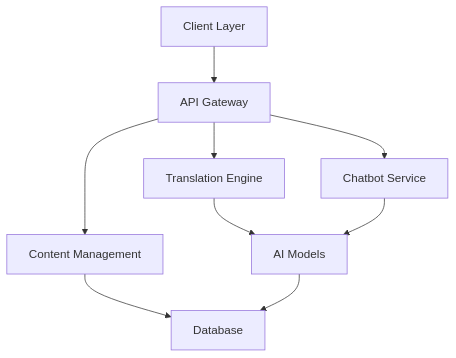
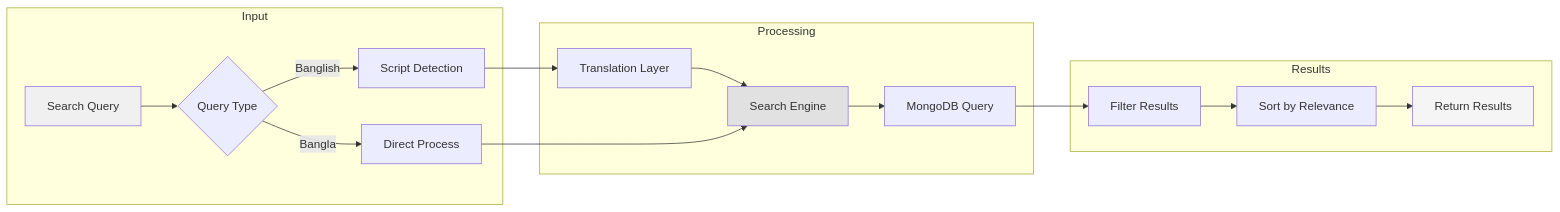
One commit to 2753Farhan/Devrim-24_Final changed the sixth of 7 diagrams in readme.md. Above: the diagram before and after it, drawn with Mermaid. The commit also changed other lines of this file, not shown here.

Commit message:
Workflow Graphs added in readme file

````diff
--- a/readme.md
+++ b/readme.md
@@ -54,11 +261,25 @@
 ```mermaid
-graph TD
-    A[Client Layer] --> B[API Gateway]
-    B --> C[Translation Engine]
-    B --> D[Chatbot Service]
-    B --> E[Content Management]
-    C --> F[AI Models]
-    D --> F
-    E --> G[Database]
-    F --> G
+graph LR
+    subgraph Input
+        A[Search Query] --> B{Query Type}
+        B -->|Banglish| C[Script Detection]
+        B -->|Bangla| D[Direct Process]
+    end
+    
+    subgraph Processing
+        C --> E[Translation Layer]
+        E --> F[Search Engine]
+        D --> F
+        F --> G[MongoDB Query]
+    end
+    
+    subgraph Results
+        G --> H[Filter Results]
+        H --> I[Sort by Relevance]
+        I --> J[Return Results]
+    end
+
+    style A fill:#f0f0f0
+    style F fill:#e1e1e1
+    style J fill:#f5f5f5
 ```
````
